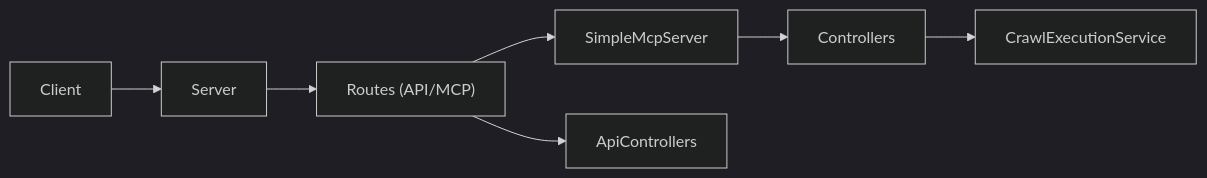
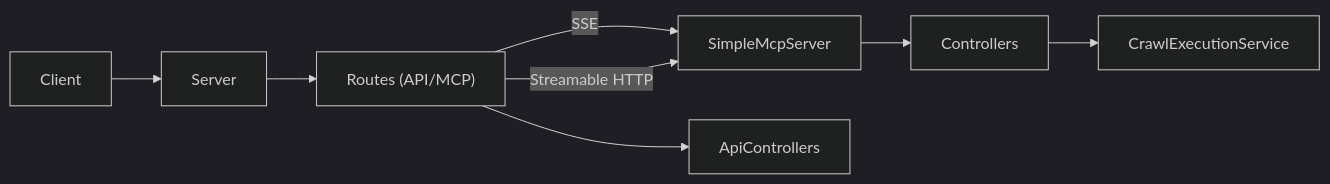
Before and after one commit to SteffenHebestreit/webcrawl-mcp: the diagram in README.md, drawn with Mermaid (dark theme). The commit also changed other lines of this file and 4 other files, not shown here.

````diff
--- a/README.md
+++ b/README.md
@@ -175,9 +227,10 @@
 ```mermaid
 graph LR
   Client --> Server
   Server --> Router["Routes (API/MCP)"]
-  Router --> SimpleMcpServer
+  Router --> |SSE| SimpleMcpServer
+  Router --> |Streamable HTTP| SimpleMcpServer
   Router --> ApiControllers
   SimpleMcpServer --> Controllers
   Controllers --> CrawlExecutionService
 ```
````
